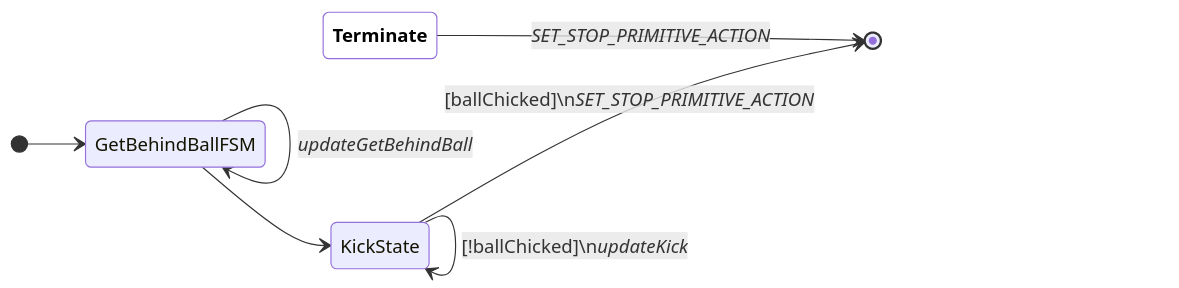
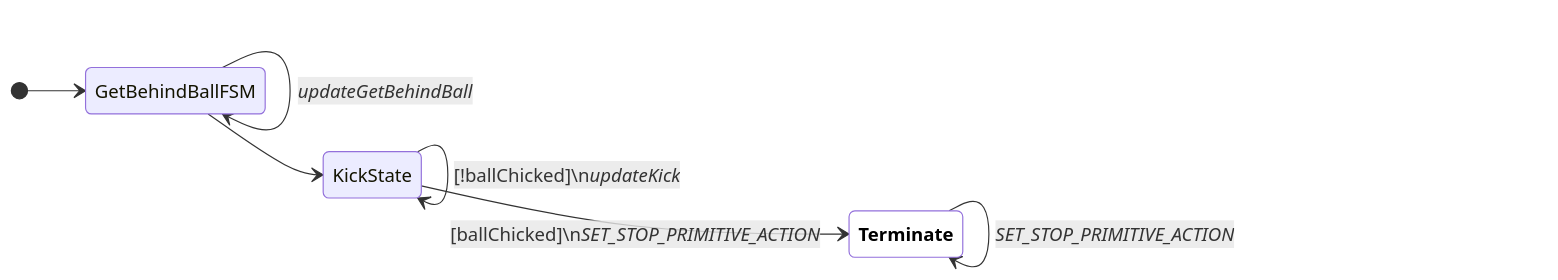
Diagram 16 of 16 in docs/fsm-diagrams.md (UBC-Thunderbots/Software), drawn with Mermaid before and after one commit. The commit also changed other lines of this file and 1 other file, not shown here.

Commit message:
Combine end and terminate state

````diff
--- a/docs/fsm-diagrams.md
+++ b/docs/fsm-diagrams.md
@@ -275,13 +275,13 @@
 ```mermaid
 
 stateDiagram-v2
 classDef terminate fill:white,color:black,font-weight:bold
 direction LR
 [*] --> GetBehindBallFSM
 GetBehindBallFSM --> GetBehindBallFSM : <i>updateGetBehindBall</i>
 GetBehindBallFSM --> KickState
 KickState --> KickState : [!ballChicked]\n<i>updateKick</i>
-KickState --> [*] : [ballChicked]\n<i>SET_STOP_PRIMITIVE_ACTION</i>
-Terminate:::terminate --> [*] : <i>SET_STOP_PRIMITIVE_ACTION</i>
+KickState --> Terminate:::terminate : [ballChicked]\n<i>SET_STOP_PRIMITIVE_ACTION</i>
+Terminate:::terminate --> Terminate:::terminate : <i>SET_STOP_PRIMITIVE_ACTION</i>
 
 ```
````
